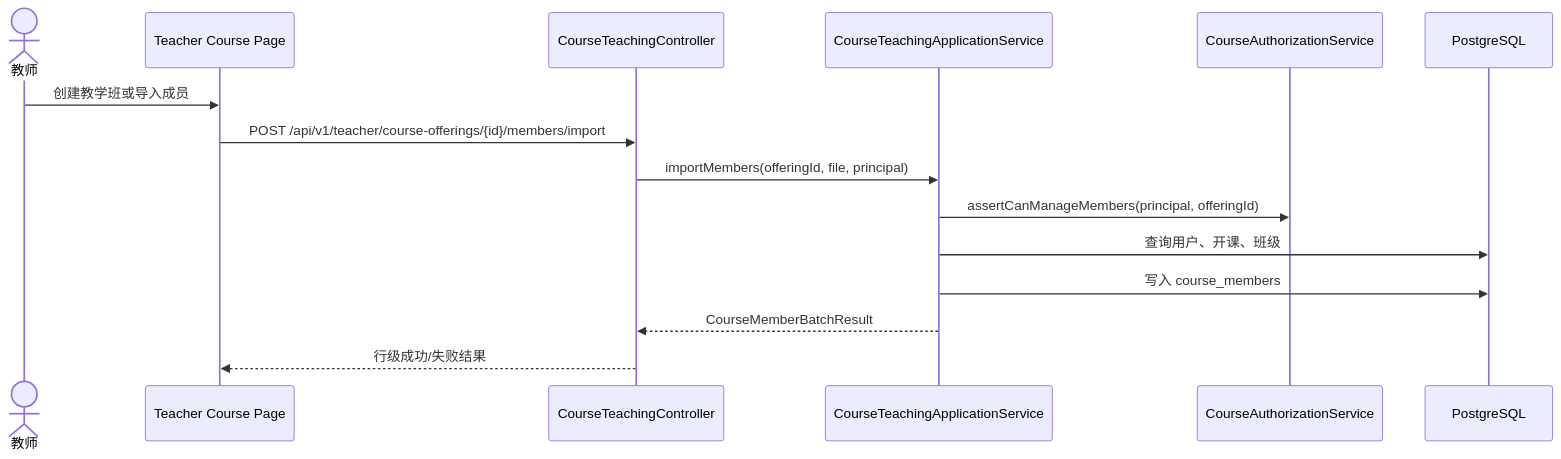
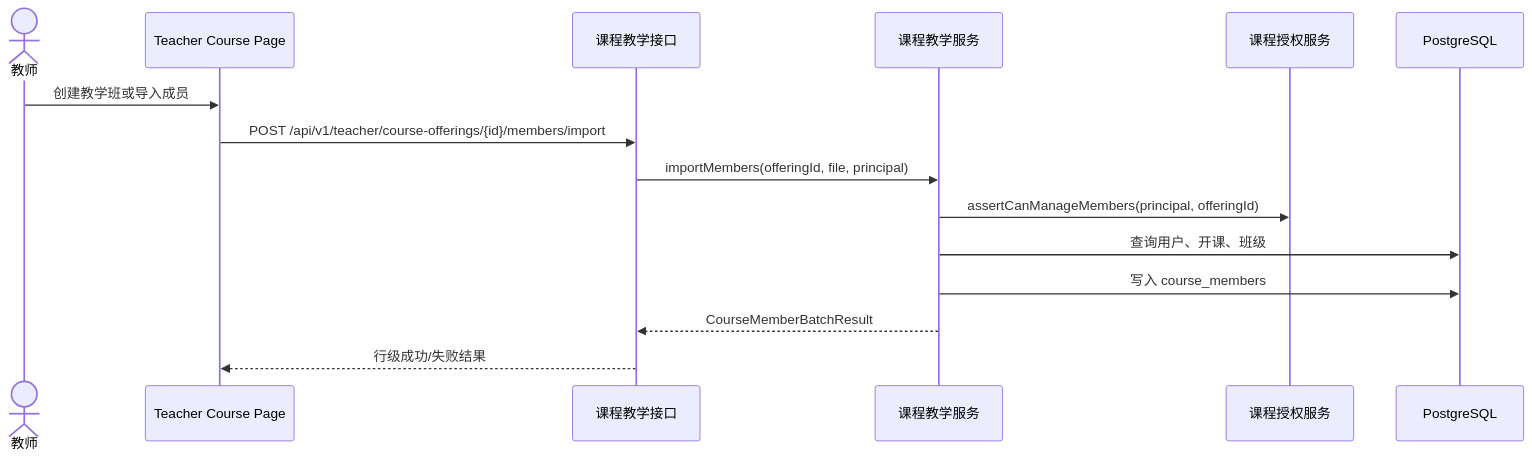
The eighth of 36 diagrams in 02-process-docs/detailed-design.md (BUAA-SEProject/docs), drawn with Mermaid before and after one commit. The commit also changed other lines of this file and 6 other files, not shown here.

````diff
--- a/02-process-docs/detailed-design.md
+++ b/02-process-docs/detailed-design.md
@@ -255,18 +255,18 @@
 ```mermaid
 sequenceDiagram
   actor T as 教师
   participant W as Teacher Course Page
-  participant C as CourseTeachingController
-  participant S as CourseTeachingApplicationService
-  participant Authz as CourseAuthorizationService
+  participant C as 课程教学接口
+  participant S as 课程教学服务
+  participant Authz as 课程授权服务
   participant DB as PostgreSQL
 
   T->>W: 创建教学班或导入成员
   W->>C: POST /api/v1/teacher/course-offerings/{id}/members/import
   C->>S: importMembers(offeringId, file, principal)
   S->>Authz: assertCanManageMembers(principal, offeringId)
   S->>DB: 查询用户、开课、班级
   S->>DB: 写入 course_members
   S-->>C: CourseMemberBatchResult
   C-->>W: 行级成功/失败结果
 ```
````
